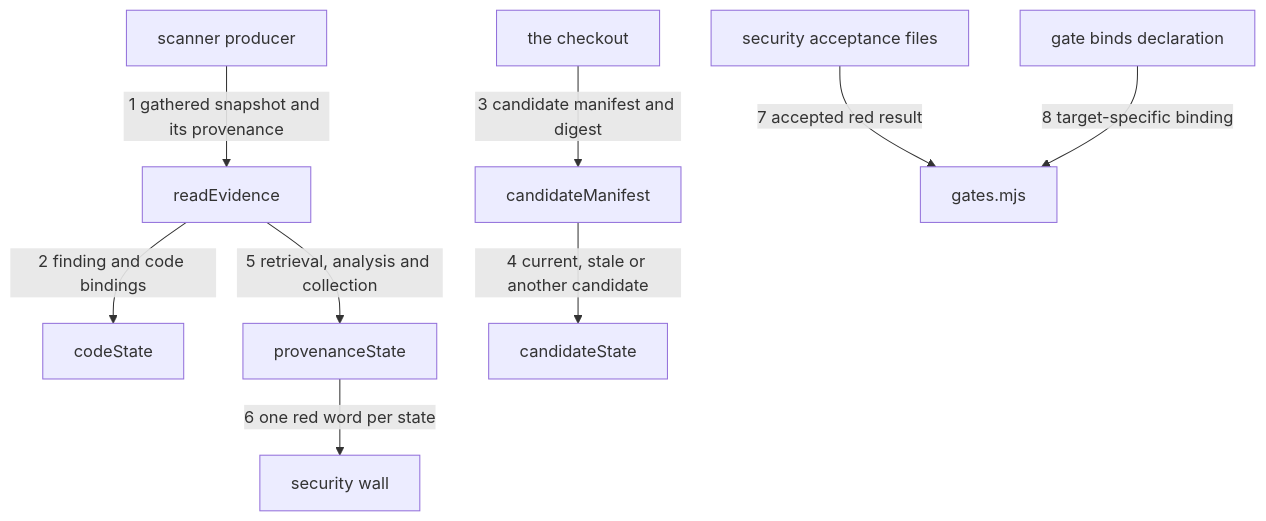
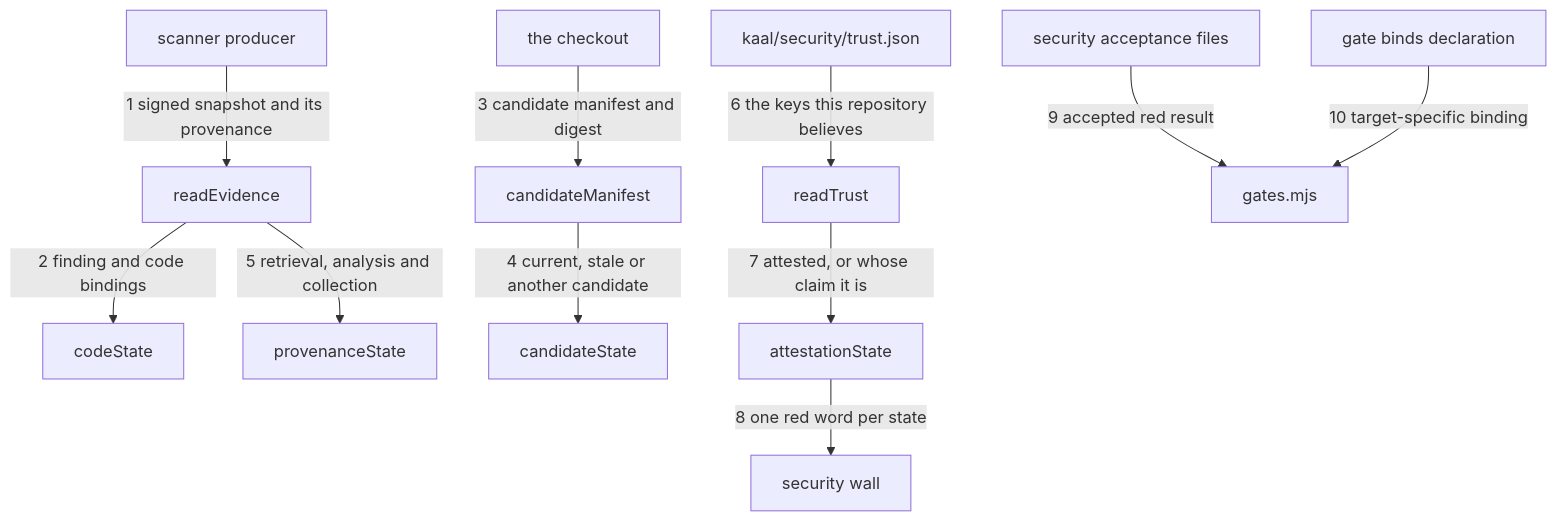
One commit to ChBrain/KAAL changed the diagram in architecture/an-open-finding-blocks-every-target/drawing.md. Above: the diagram before and after it, drawn with Mermaid. The commit also changed other lines of this file and 91 other files, not shown here.

````diff
--- a/architecture/an-open-finding-blocks-every-target/drawing.md
+++ b/architecture/an-open-finding-blocks-every-target/drawing.md
@@ -152,11 +178,13 @@
 ```mermaid
 flowchart TD
-  P["scanner producer"] -- "1 gathered snapshot and its provenance" --> E["readEvidence"]
+  P["scanner producer"] -- "1 signed snapshot and its provenance" --> E["readEvidence"]
   E -- "2 finding and code bindings" --> C["codeState"]
   T["the checkout"] -- "3 candidate manifest and digest" --> M["candidateManifest"]
   M -- "4 current, stale or another candidate" --> K["candidateState"]
   E -- "5 retrieval, analysis and collection" --> V["provenanceState"]
-  V -- "6 one red word per state" --> S["security wall"]
-  W["security acceptance files"] -- "7 accepted red result" --> G["gates.mjs"]
-  D["gate binds declaration"] -- "8 target-specific binding" --> G
+  A["kaal/security/trust.json"] -- "6 the keys this repository believes" --> R["readTrust"]
+  R -- "7 attested, or whose claim it is" --> X["attestationState"]
+  X -- "8 one red word per state" --> S["security wall"]
+  W["security acceptance files"] -- "9 accepted red result" --> G["gates.mjs"]
+  D["gate binds declaration"] -- "10 target-specific binding" --> G
 ```
````
